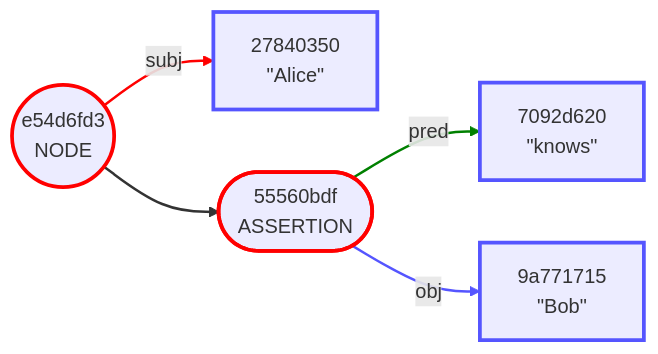
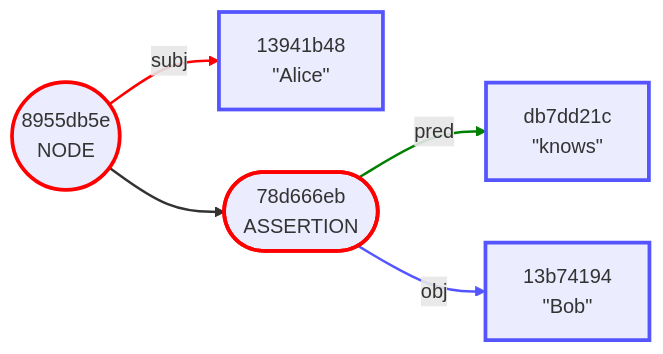
One commit to BlockchainCommons/envelope-cli-swift changed the diagram in Docs/1-OVERVIEW.md. Above: the diagram before and after it, drawn with Mermaid. The commit also changed other lines of this file and 9 other files, not shown here.

````diff
--- a/Docs/1-OVERVIEW.md
+++ b/Docs/1-OVERVIEW.md
@@ -123,21 +126,21 @@
 ```mermaid
 graph LR
-    1(("e54d6fd3<br/>NODE"))
-    2["27840350<br/>#quot;Alice#quot;"]
-    3(["55560bdf<br/>ASSERTION"])
-    4["7092d620<br/>#quot;knows#quot;"]
-    5["9a771715<br/>#quot;Bob#quot;"]
+    1(("8955db5e<br/>NODE"))
+    2["13941b48<br/>#quot;Alice#quot;"]
+    3(["78d666eb<br/>ASSERTION"])
+    4["db7dd21c<br/>#quot;knows#quot;"]
+    5["13b74194<br/>#quot;Bob#quot;"]
     1 -->|subj| 2
     1 --> 3
     3 -->|pred| 4
     3 -->|obj| 5
     style 1 stroke:red,stroke-width:3.0px
     style 2 stroke:#55f,stroke-width:3.0px
     style 3 stroke:red,stroke-width:3.0px
     style 4 stroke:#55f,stroke-width:3.0px
     style 5 stroke:#55f,stroke-width:3.0px
     linkStyle 0 stroke:red,stroke-width:2.0px
     linkStyle 1 stroke-width:2.0px
     linkStyle 2 stroke:green,stroke-width:2.0px
     linkStyle 3 stroke:#55f,stroke-width:2.0px
 ```
````
